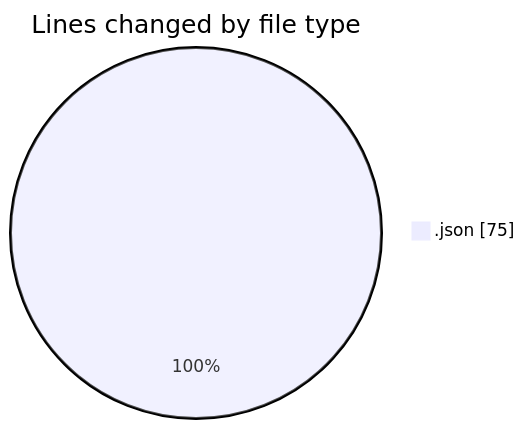
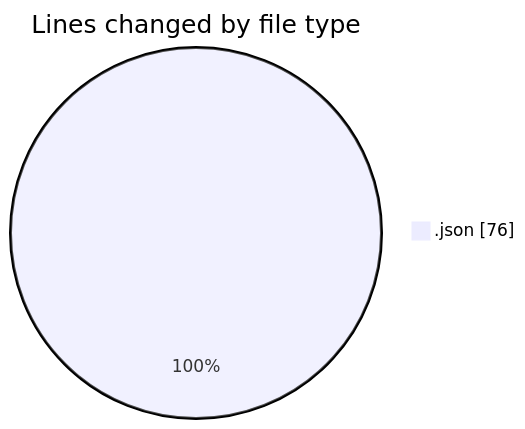
One commit to jadenblack/code-tracking changed the first of 2 diagrams in 2026-02-26/shadcn-admin-kit-main__workspace_/README.md. Above: the diagram before and after it, drawn with Mermaid. The commit also changed other lines of this file and 1 other file, not shown here.

````diff
--- a/2026-02-26/shadcn-admin-kit-main__workspace_/README.md
+++ b/2026-02-26/shadcn-admin-kit-main__workspace_/README.md
@@ -21,5 +21,5 @@
 ```mermaid
 pie showData
 title Lines changed by file type
-".json" : 75
+".json" : 76
 ```
````
